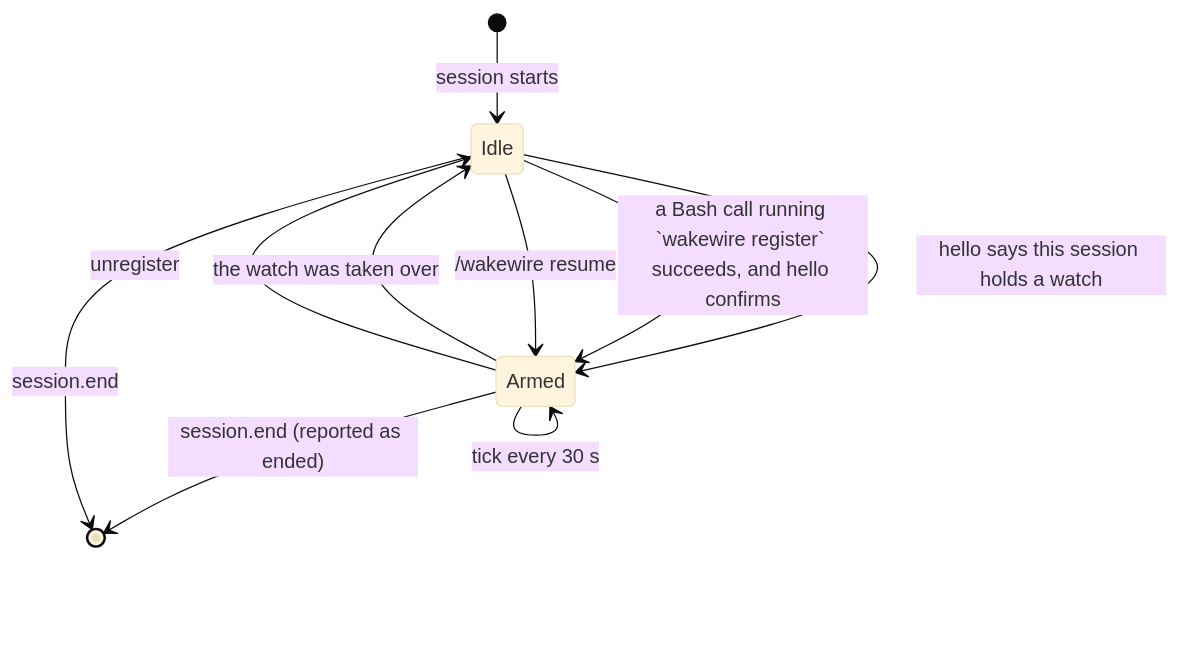
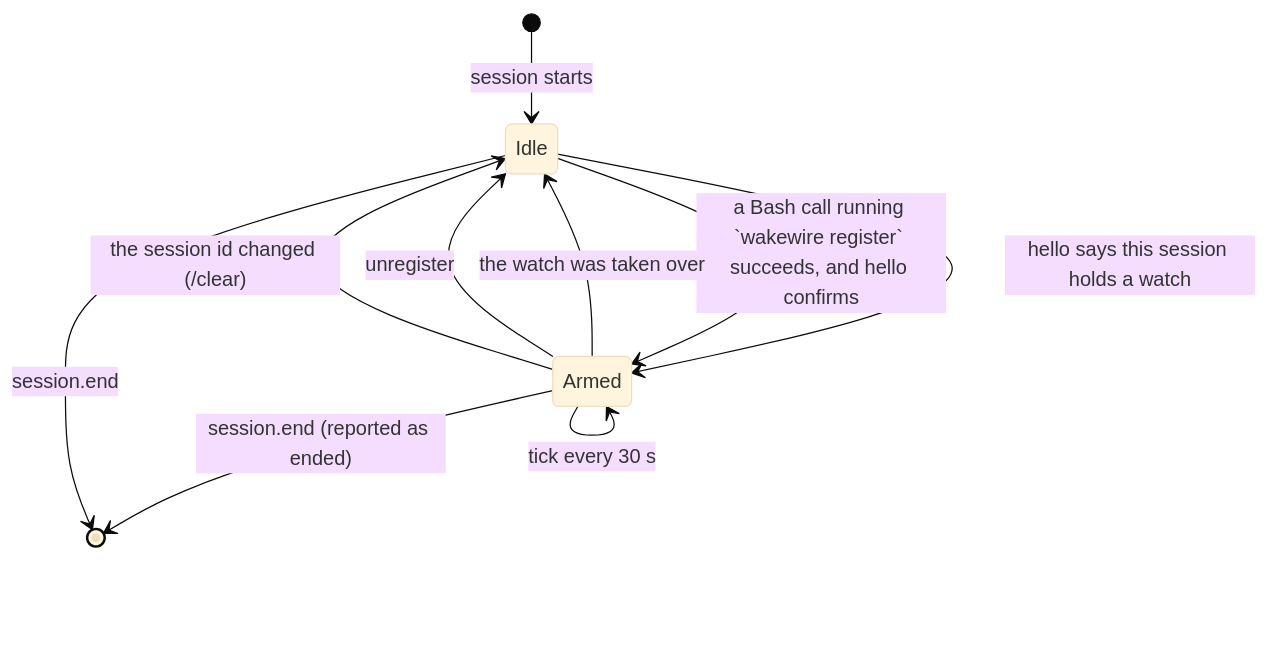
Before and after one commit to gperezmz/wakewire: the diagram in docs/reference/claude-code-mod.md, drawn with Mermaid (base theme). The commit also changed other lines of this file and 8 other files, not shown here.

````diff
--- a/docs/reference/claude-code-mod.md
+++ b/docs/reference/claude-code-mod.md
@@ -15,12 +15,12 @@
 ```mermaid
 stateDiagram-v2
   [*] --> Idle: session starts
   Idle --> Armed: hello says this session holds a watch
   Idle --> Armed: a Bash call running `wakewire register` succeeds, and hello confirms
-  Idle --> Armed: /wakewire resume
   Armed --> Armed: tick every 30 s
   Armed --> Idle: the watch was taken over
   Armed --> Idle: unregister
+  Armed --> Idle: the session id changed (/clear)
   Armed --> [*]: session.end (reported as ended)
   Idle --> [*]: session.end
 ```
````
